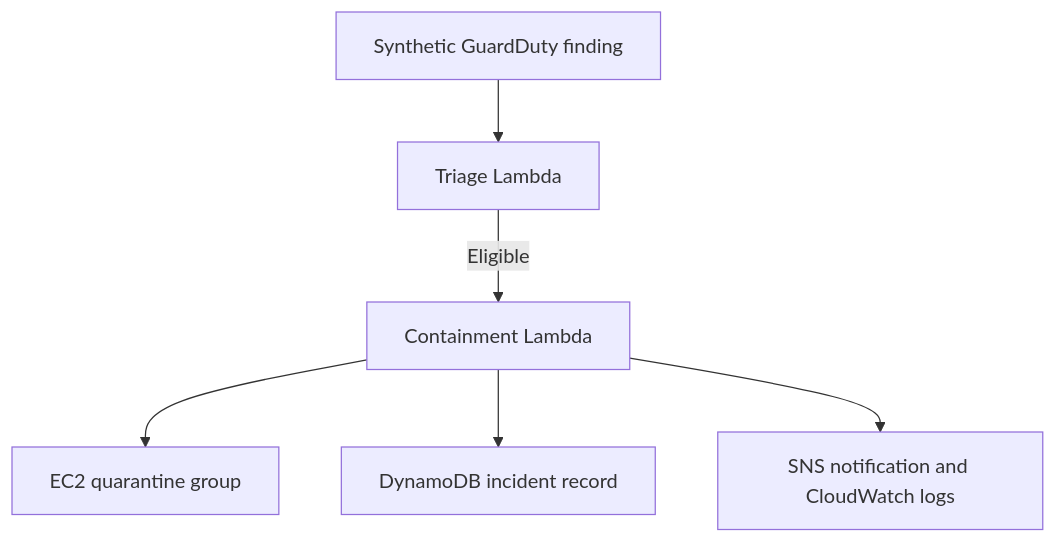
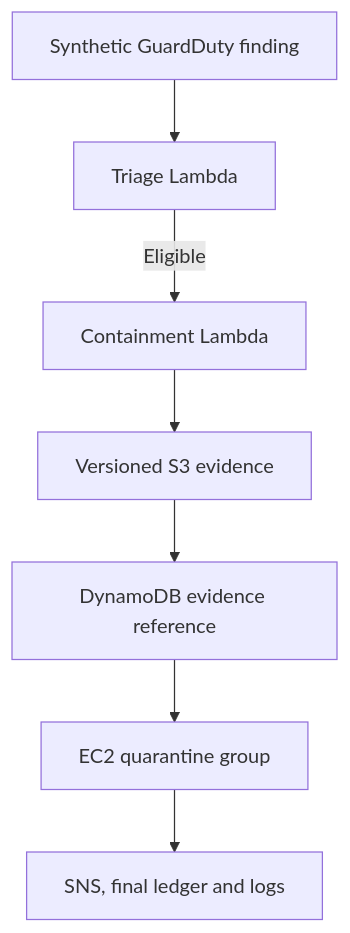
Before and after one commit to salenrod/aws-cloud-ir-automation-lab: the diagram in docs/containment-validation.md, drawn with Mermaid. The commit also changed other lines of this file and 7 other files, not shown here.

````diff
--- a/docs/containment-validation.md
+++ b/docs/containment-validation.md
@@ -11,8 +11,9 @@
 ```mermaid
 flowchart TD
     A["Synthetic GuardDuty finding"] --> B["Triage Lambda"]
     B -->|Eligible| C["Containment Lambda"]
-    C --> D["EC2 quarantine group"]
-    C --> E["DynamoDB incident record"]
-    C --> F["SNS notification and CloudWatch logs"]
+    C --> D["Versioned S3 evidence"]
+    D --> E["DynamoDB evidence reference"]
+    E --> F["EC2 quarantine group"]
+    F --> G["SNS, final ledger and logs"]
 ```
````
